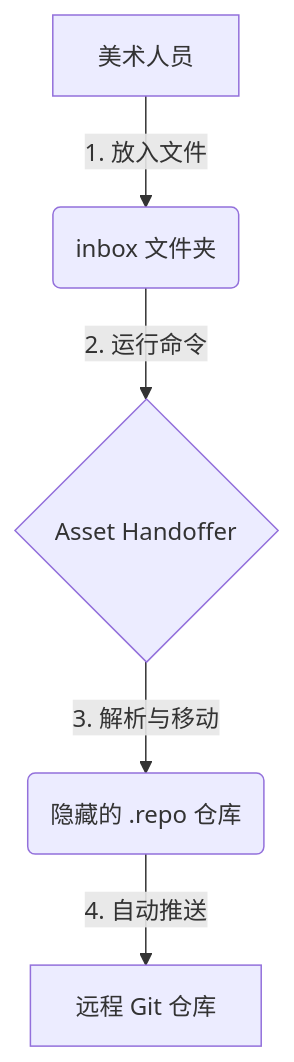
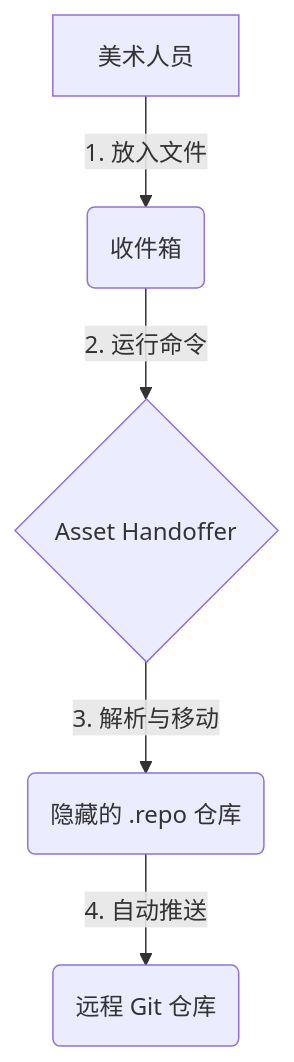
One commit to refactor-op/asset-handoffer changed the diagram in README.md. Above: the diagram before and after it, drawn with Mermaid. The commit also changed other lines of this file and 22 other files, not shown here.

````diff
--- a/README.md
+++ b/README.md
@@ -26,7 +9,7 @@
 ```mermaid
 graph TD
-    User[美术人员] -->|1. 放入文件| Inbox(inbox 文件夹)
+    User[美术人员] -->|1. 放入文件| Inbox(收件箱)
     Inbox -->|2. 运行命令| Tool{Asset Handoffer}
     Tool -->|3. 解析与移动| Repo(隐藏的 .repo 仓库)
-    Repo -->|4. 自动推送| Cloud[远程 Git 仓库]
+    Repo -->|4. 自动推送| Cloud(远程 Git 仓库)
 ```
````
